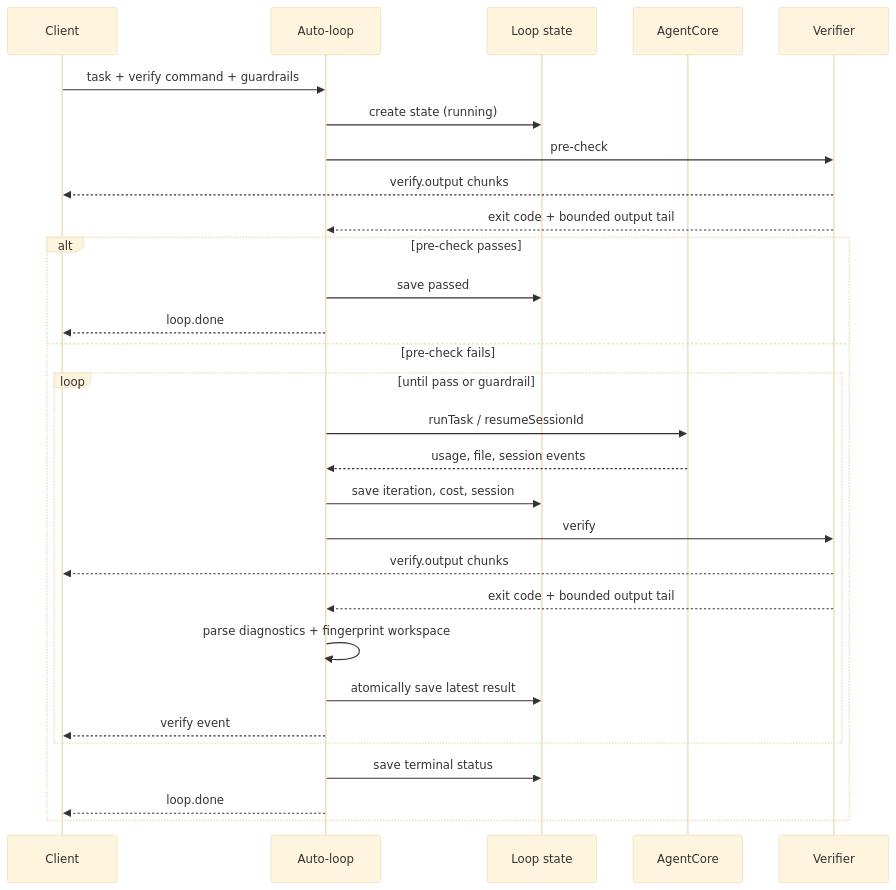
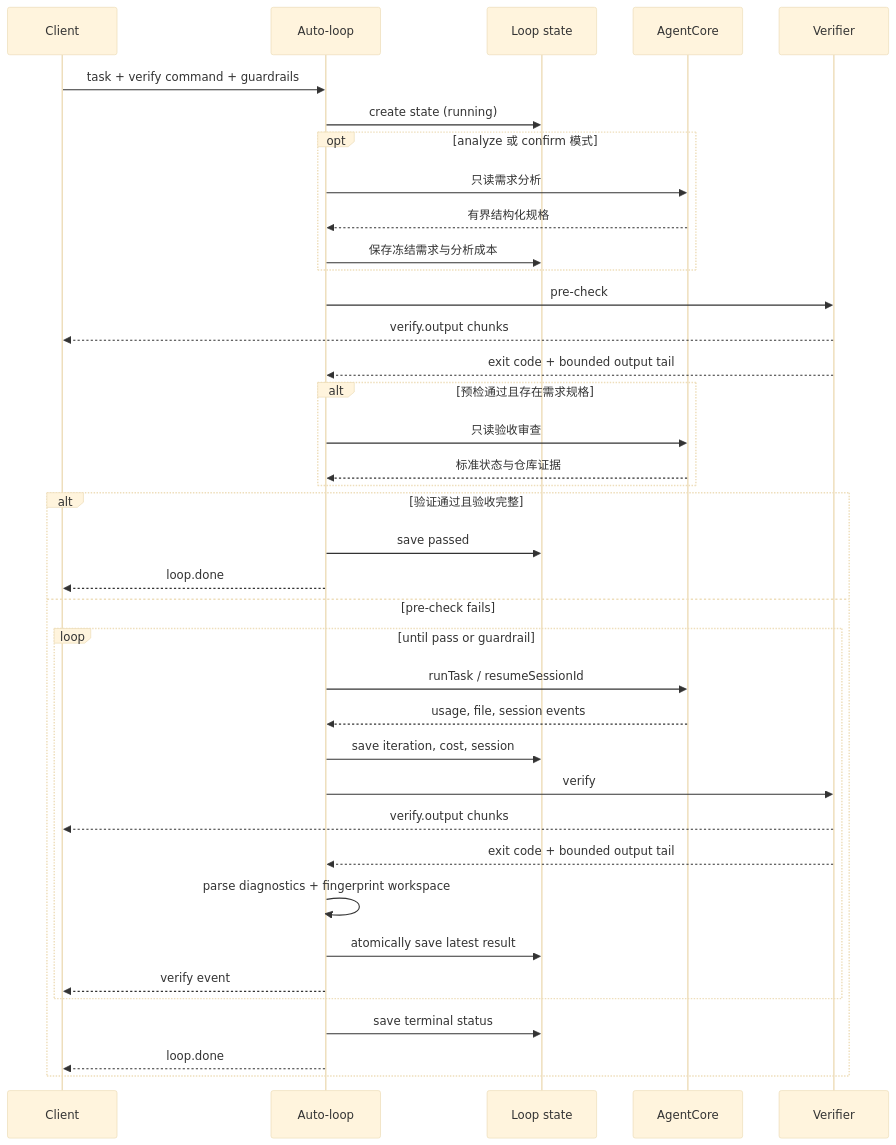
Before and after one commit to eilyeee/seekforge: the second of 3 diagrams in docs/loop-engineering.zh-CN.md, drawn with Mermaid (base theme). The commit also changed other lines of this file and 37 other files, not shown here.

````diff
--- a/docs/loop-engineering.zh-CN.md
+++ b/docs/loop-engineering.zh-CN.md
@@ -51,32 +52,41 @@
 ```mermaid
 sequenceDiagram
   participant C as Client
   participant L as Auto-loop
   participant S as Loop state
   participant A as AgentCore
   participant V as Verifier
 
   C->>L: task + verify command + guardrails
   L->>S: create state (running)
+  opt analyze 或 confirm 模式
+    L->>A: 只读需求分析
+    A-->>L: 有界结构化规格
+    L->>S: 保存冻结需求与分析成本
+  end
   L->>V: pre-check
   V-->>C: verify.output chunks
   V-->>L: exit code + bounded output tail
-  alt pre-check passes
+  alt 预检通过且存在需求规格
+    L->>A: 只读验收审查
+    A-->>L: 标准状态与仓库证据
+  end
+  alt 验证通过且验收完整
     L->>S: save passed
     L-->>C: loop.done
   else pre-check fails
     loop until pass or guardrail
       L->>A: runTask / resumeSessionId
       A-->>L: usage, file, session events
       L->>S: save iteration, cost, session
       L->>V: verify
       V-->>C: verify.output chunks
       V-->>L: exit code + bounded output tail
       L->>L: parse diagnostics + fingerprint workspace
       L->>S: atomically save latest result
       L-->>C: verify event
     end
     L->>S: save terminal status
     L-->>C: loop.done
   end
 ```
````
